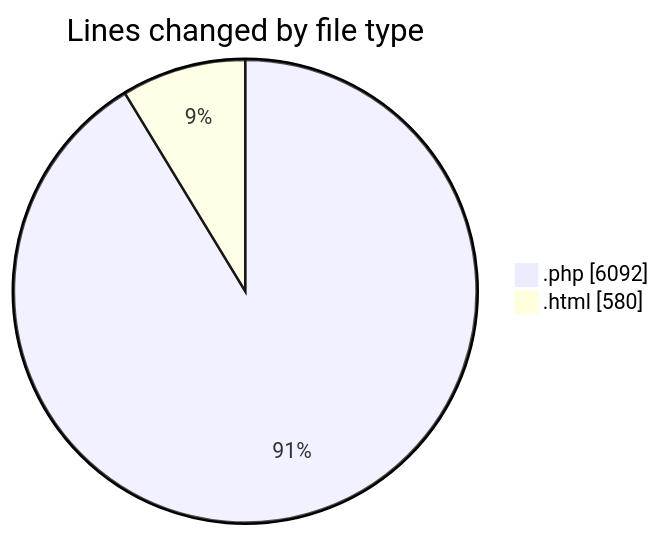
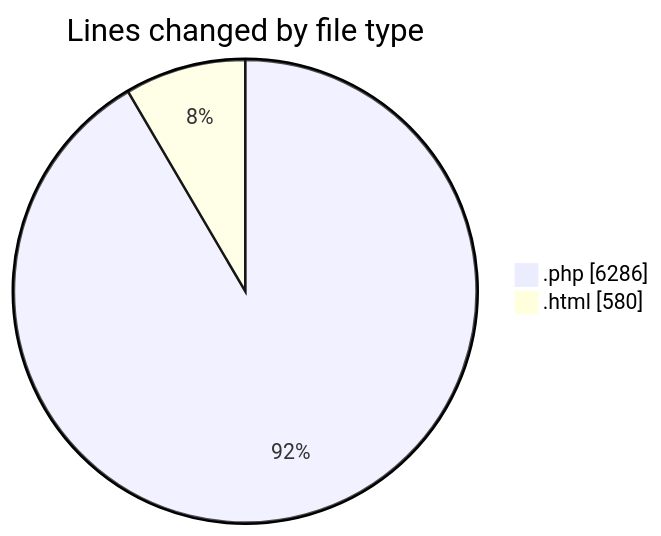
Before and after one commit to lephambinh05/code-tracking: the first of 2 diagrams in 2025-09-02/quytuthien_vn/README.md, drawn with Mermaid. The commit also changed other lines of this file and 1 other file, not shown here.

````diff
--- a/2025-09-02/quytuthien_vn/README.md
+++ b/2025-09-02/quytuthien_vn/README.md
@@ -32,6 +32,6 @@
 ```mermaid
 pie showData
 title Lines changed by file type
-".php" : 6092
+".php" : 6286
 ".html" : 580
 ```
````
